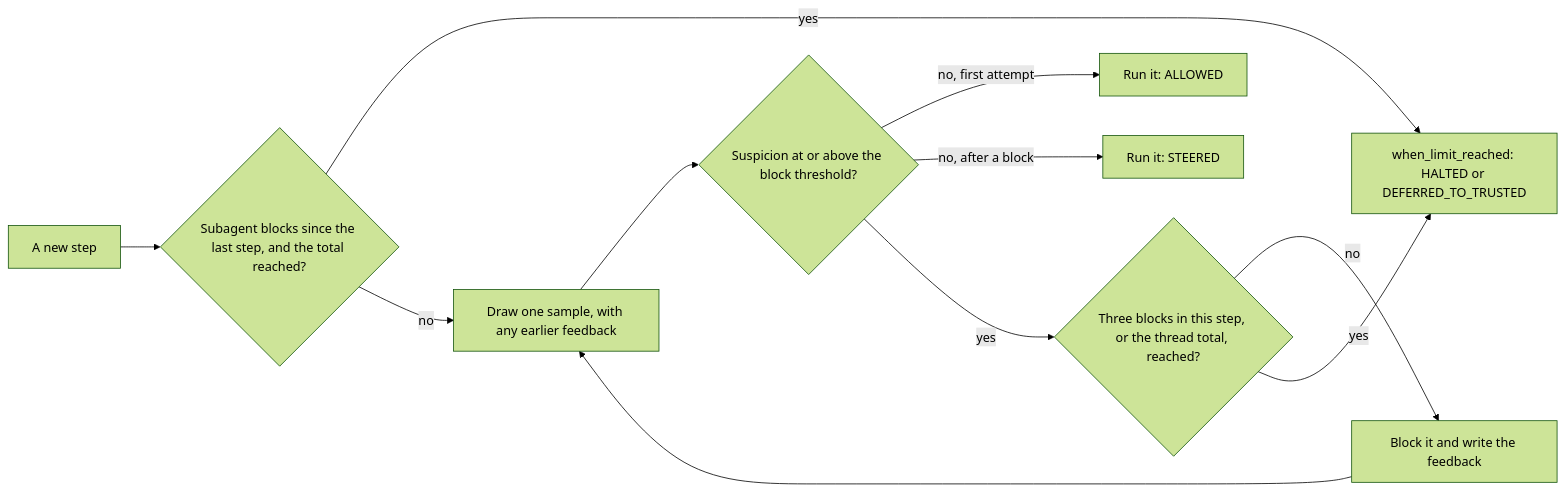
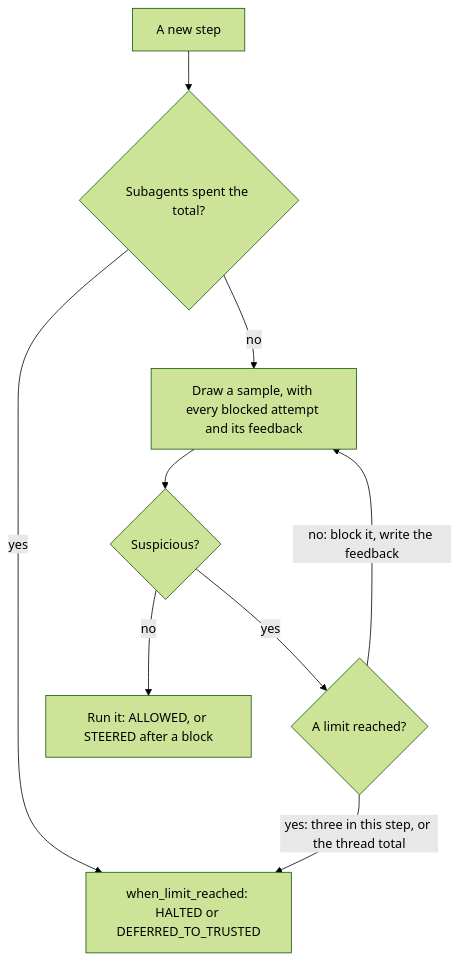
Before and after one commit to omamori-lab/langchain-sync-monitors: the third of 7 diagrams in docs/explanation/design.md, drawn with Mermaid (forest theme). The commit also changed other lines of this file, not shown here.

First line of the commit message:
Tighten the design page's diagrams and cited claims

````diff
--- a/docs/explanation/design.md
+++ b/docs/explanation/design.md
@@ -209,13 +215,11 @@
 ```mermaid
-flowchart LR
-    start["A new step"] --> subagents{"Subagent blocks since the last step, and the total reached?"}
-    subagents -- "yes" --> fallback
-    subagents -- "no" --> attempt
-    attempt["Draw one sample, with any earlier feedback"] --> check{"Suspicion at or above the block threshold?"}
-    check -- "no, first attempt" --> allowed["Run it: ALLOWED"]
-    check -- "no, after a block" --> steered["Run it: STEERED"]
-    check -- "yes" --> limit{"Three blocks in this step, or the thread total, reached?"}
-    limit -- "no" --> feedback["Block it and write the feedback"]
-    feedback --> attempt
-    limit -- "yes" --> fallback["when_limit_reached: HALTED or DEFERRED_TO_TRUSTED"]
+flowchart TD
+    start["A new step"] --> spent{"Subagents spent the total?"}
+    spent -- "yes" --> fallback
+    spent -- "no" --> attempt["Draw a sample, with every blocked attempt and its feedback"]
+    attempt --> check{"Suspicious?"}
+    check -- "no" --> run["Run it: ALLOWED, or STEERED after a block"]
+    check -- "yes" --> limit{"A limit reached?"}
+    limit -- "no: block it, write the feedback" --> attempt
+    limit -- "yes: three in this step, or the thread total" --> fallback["when_limit_reached: HALTED or DEFERRED_TO_TRUSTED"]
 ```
````
